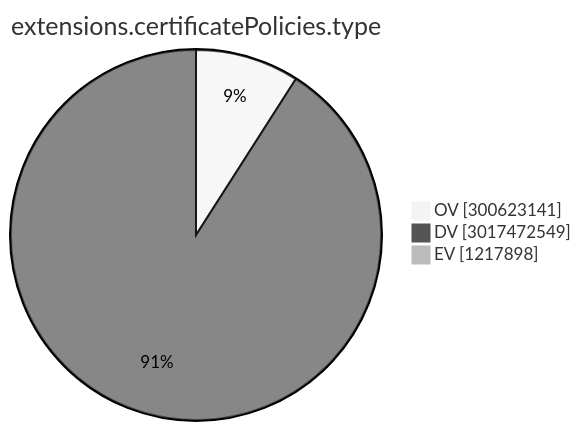
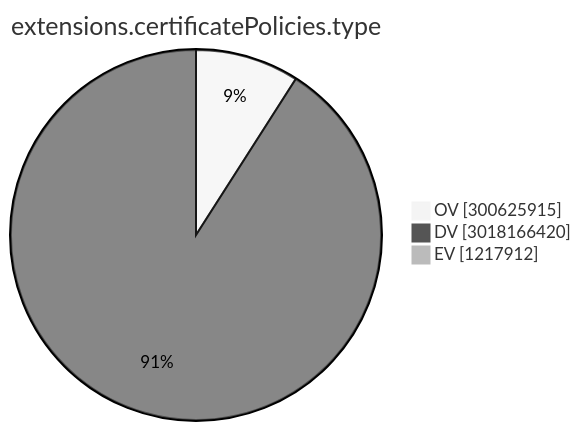
One commit to christiankrug/ctmonitor_visualization changed the ninth of 15 diagrams in TOTAL/README.md. Above: the diagram before and after it, drawn with Mermaid (neutral theme). The commit also changed other lines of this file, not shown here.

````diff
--- a/TOTAL/README.md
+++ b/TOTAL/README.md
@@ -3102,7 +3102,7 @@
 ```mermaid
 pie showData
 title extensions.certificatePolicies.type
-"OV" :300623141
-"DV" :3017472549
-"EV" :1217898
+"OV" :300625915
+"DV" :3018166420
+"EV" :1217912
 ```
````
